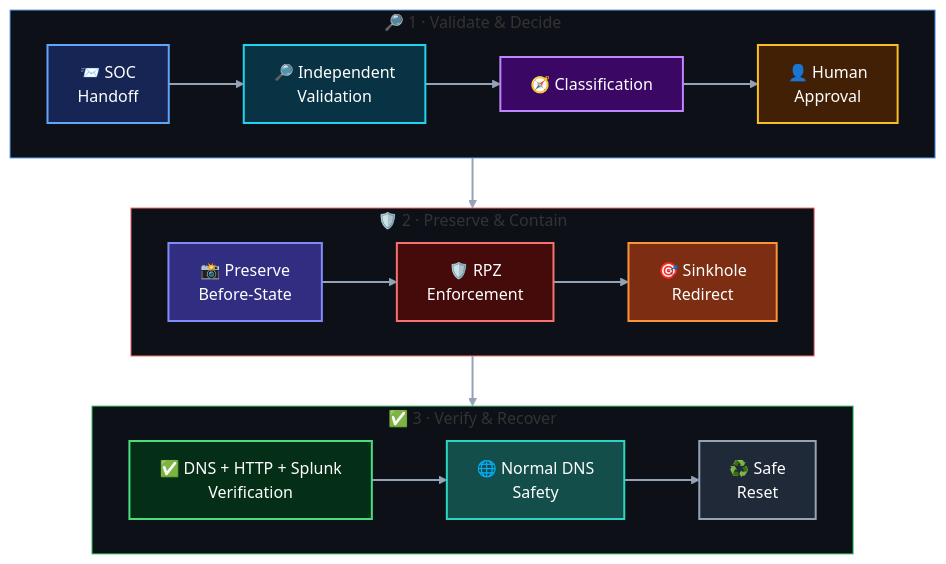
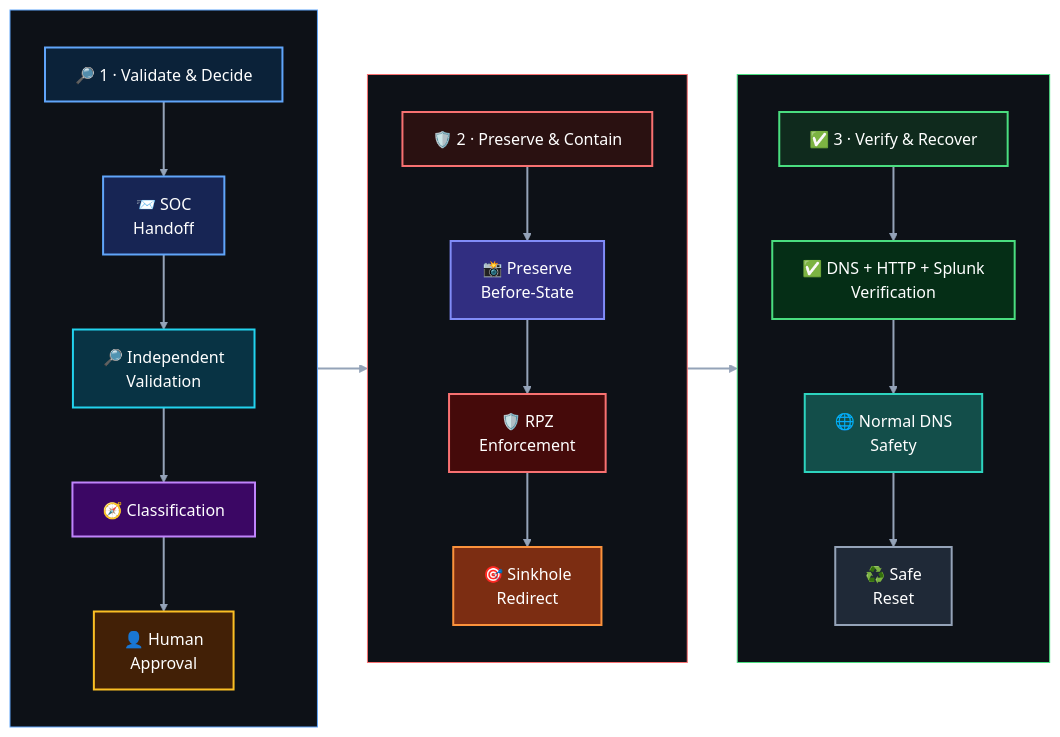
One commit to DNSentinel-Lab/Scenario-02-DGA changed the diagram in ir/README.md. Above: the diagram before and after it, drawn with Mermaid.

Commit message:
Refactor response lifecycle diagram in README

````diff
--- a/ir/README.md
+++ b/ir/README.md
@@ -45,57 +45,77 @@
 ```mermaid
-flowchart TB
+flowchart LR
 
-    %% ==========================================
-    %% 1 — VALIDATE & DECIDE
-    %% ==========================================
-    subgraph VALIDATE["🔎 1 · Validate & Decide"]
-        direction LR
+    %% =====================================================
+    %% COLUMN 1 — VALIDATE & DECIDE
+    %% =====================================================
+    subgraph VALIDATE[" "]
+        direction TB
+
+        VH["🔎 1 · Validate & Decide"]
 
         A["📨 SOC<br/>Handoff"]
         B["🔎 Independent<br/>Validation"]
         C["🧭 Classification"]
         D["👤 Human<br/>Approval"]
 
-        A --> B --> C --> D
+        VH --> A --> B --> C --> D
     end
 
 
-    %% ==========================================
-    %% 2 — CONTAIN
-    %% ==========================================
-    subgraph CONTAIN["🛡️ 2 · Preserve & Contain"]
-        direction LR
+    %% =====================================================
+    %% COLUMN 2 — PRESERVE & CONTAIN
+    %% =====================================================
+    subgraph CONTAIN[" "]
+        direction TB
+
+        CH["🛡️ 2 · Preserve & Contain"]
 
         E["📸 Preserve<br/>Before-State"]
         F["🛡️ RPZ<br/>Enforcement"]
         G["🎯 Sinkhole<br/>Redirect"]
 
-        E --> F --> G
+        CH --> E --> F --> G
     end
 
 
-    %% ==========================================
-    %% 3 — VERIFY & RECOVER
-    %% ==========================================
-    subgraph VERIFY["✅ 3 · Verify & Recover"]
-        direction LR
+    %% =====================================================
+    %% COLUMN 3 — VERIFY & RECOVER
+    %% =====================================================
+    subgraph VERIFY[" "]
+        direction TB
+
+        RH["✅ 3 · Verify & Recover"]
 
         H["✅ DNS + HTTP + Splunk<br/>Verification"]
         I["🌐 Normal DNS<br/>Safety"]
         J["♻️ Safe<br/>Reset"]
 
-        H --> I --> J
+        RH --> H --> I --> J
     end
 
 
-    D --> E
-    G --> H
+    %% =====================================================
+    %% COLUMN-TO-COLUMN FLOW
+    %% =====================================================
+    VALIDATE --> CONTAIN
+    CONTAIN --> VERIFY
 
 
-    %% ==========================================
-    %% STYLING
-    %% ==========================================
+    %% =====================================================
+    %% HEADER STYLING
+    %% =====================================================
+    classDef validateHeader fill:#0b2239,stroke:#60a5fa,stroke-width:2px,color:#ffffff;
+    classDef containHeader fill:#2a1111,stroke:#f87171,stroke-width:2px,color:#ffffff;
+    classDef verifyHeader fill:#0f2a1d,stroke:#4ade80,stroke-width:2px,color:#ffffff;
 
+    class VH validateHeader;
+    class CH containHeader;
+    class RH verifyHeader;
+
+
+    %% =====================================================
+    %% NODE STYLING
+    %% =====================================================
     classDef handoff fill:#172554,stroke:#60a5fa,stroke-width:2px,color:#ffffff;
     classDef validate fill:#083344,stroke:#22d3ee,stroke-width:2px,color:#ffffff;
     classDef decision fill:#3b0764,stroke:#c084fc,stroke-width:2px,color:#ffffff;
@@ -122,6 +142,10 @@
     class I safety;
     class J reset;
 
+
+    %% =====================================================
+    %% CONTAINER STYLING
+    %% =====================================================
     style VALIDATE fill:#0d1117,stroke:#60a5fa,stroke-width:1px
     style CONTAIN fill:#0d1117,stroke:#f87171,stroke-width:1px
     style VERIFY fill:#0d1117,stroke:#4ade80,stroke-width:1px
````
